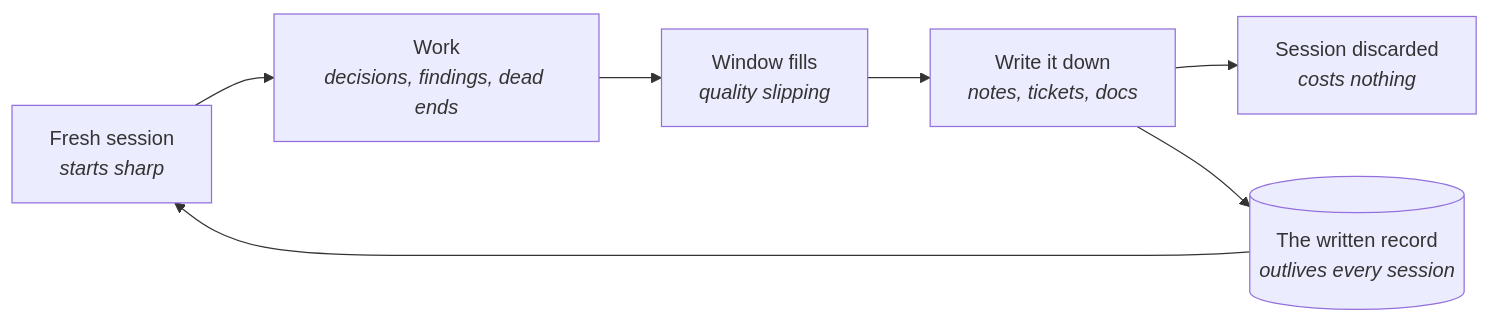
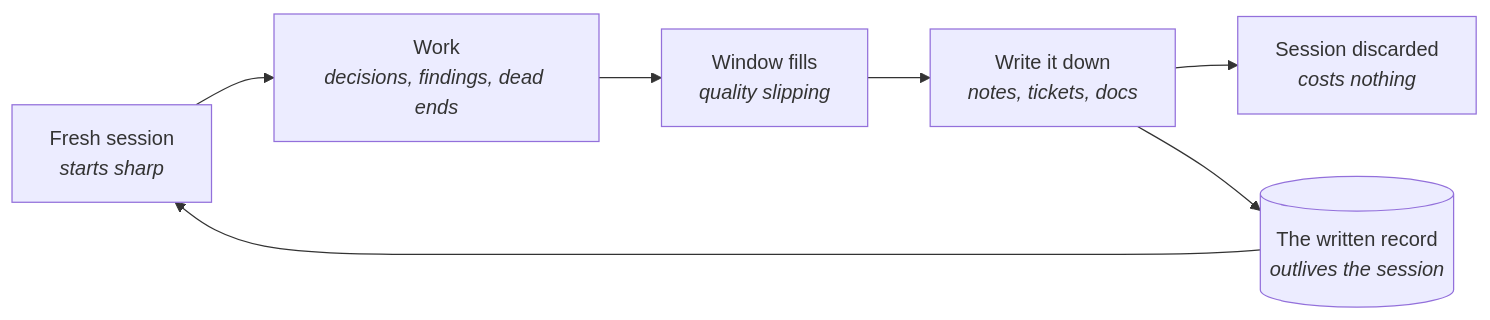
Before and after one commit to solution8-com/agentic-playbook: the second of 2 diagrams in modules/m1-the-context-window.md, drawn with Mermaid. The commit also changed other lines of this file and 12 other files, not shown here.

````diff
--- a/modules/m1-the-context-window.md
+++ b/modules/m1-the-context-window.md
@@ -85,9 +80,9 @@
 ```mermaid
 flowchart LR
     F["Fresh session<br><i>starts sharp</i>"] --> W["Work<br><i>decisions, findings, dead ends</i>"]
     W --> Z["Window fills<br><i>quality slipping</i>"]
     Z --> N["Write it down<br><i>notes, tickets, docs</i>"]
     N --> X["Session discarded<br><i>costs nothing</i>"]
-    N --> R[("The written record<br><i>outlives every session</i>")]
+    N --> R[("The written record<br><i>outlives the session</i>")]
     R --> F
 ```
````
